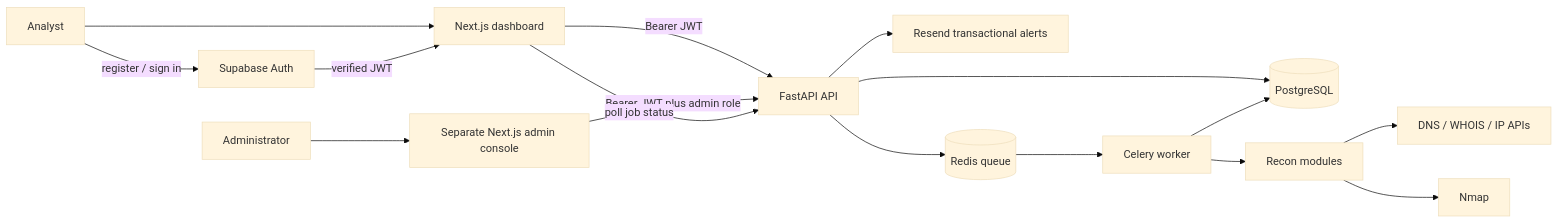
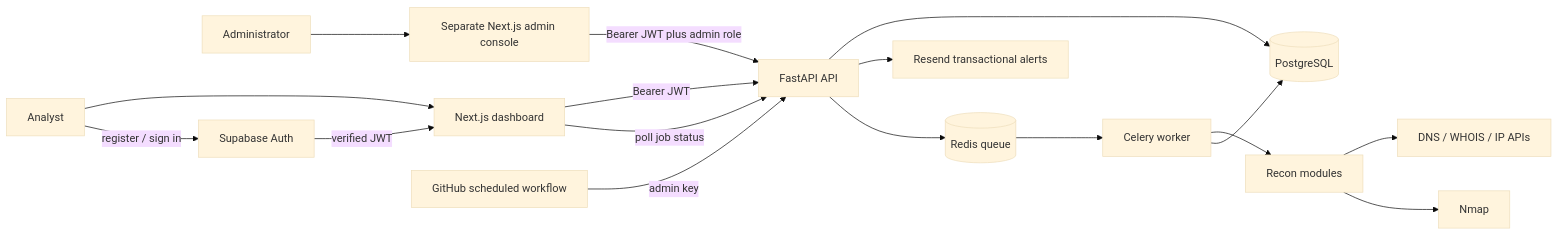
One commit to Learnlife001/cyberrecon changed the diagram in README.md. Above: the diagram before and after it, drawn with Mermaid (base theme). The commit also changed other lines of this file and 7 other files, not shown here.

````diff
--- a/README.md
+++ b/README.md
@@ -34,18 +35,19 @@
 ```mermaid
 flowchart LR
     U[Analyst] --> UI[Next.js dashboard]
     A[Administrator] --> ADMIN[Separate Next.js admin console]
     U -->|register / sign in| AUTH[Supabase Auth]
     AUTH -->|verified JWT| UI
     UI -->|Bearer JWT| API[FastAPI API]
     ADMIN -->|Bearer JWT plus admin role| API
     API --> DB[(PostgreSQL)]
     API --> EMAIL[Resend transactional alerts]
+    TIMER[GitHub scheduled workflow] -->|admin key| API
     API --> Q[(Redis queue)]
     Q --> W[Celery worker]
     W --> R[Recon modules]
     R --> DNS[DNS / WHOIS / IP APIs]
     R --> NMAP[Nmap]
     W --> DB
     UI -->|poll job status| API
 ```
````
